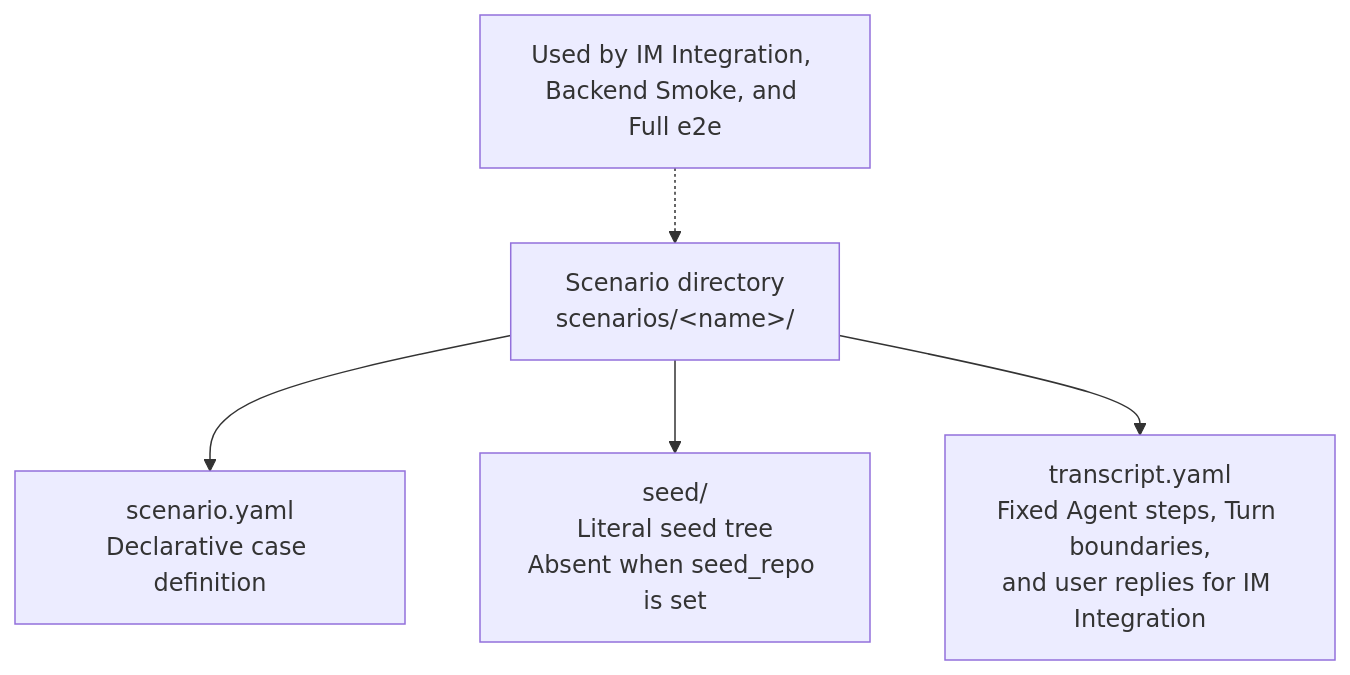
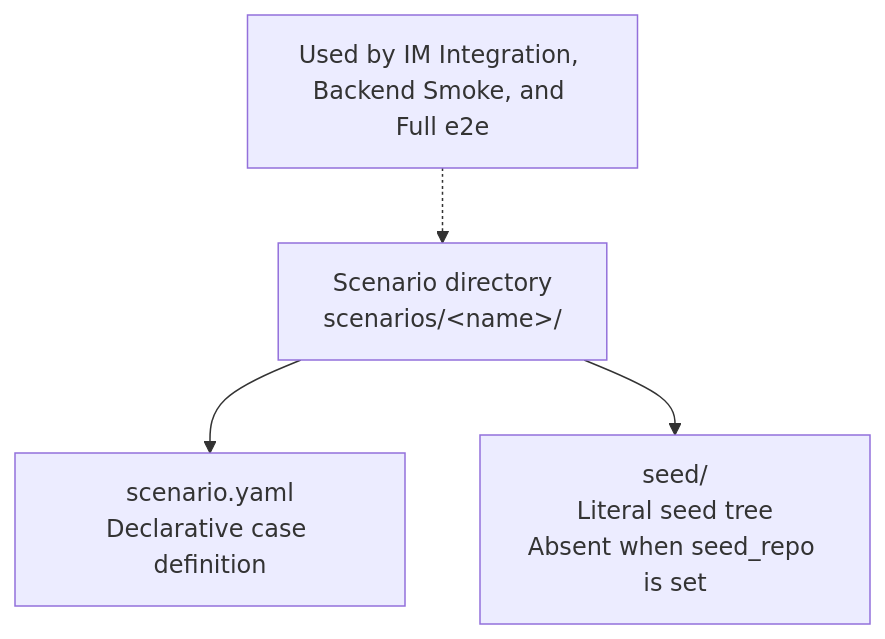
Before and after one commit to JoeShi/im-align: the first of 3 diagrams in docs/e2e-harness-design.md, drawn with Mermaid. The commit also changed other lines of this file and 40 other files, not shown here.

````diff
--- a/docs/e2e-harness-design.md
+++ b/docs/e2e-harness-design.md
@@ -22,13 +22,11 @@
 ```mermaid
 flowchart TB
     consumers["Used by IM Integration, Backend Smoke, and Full e2e"]
     scenario["Scenario directory<br/>scenarios/&lt;name&gt;/"]
     definition["scenario.yaml<br/>Declarative case definition"]
     seed["seed/<br/>Literal seed tree<br/>Absent when seed_repo is set"]
-    transcript["transcript.yaml<br/>Fixed Agent steps, Turn boundaries,<br/>and user replies for IM Integration"]
 
     consumers -.-> scenario
     scenario --> definition
     scenario --> seed
-    scenario --> transcript
 ```
````
